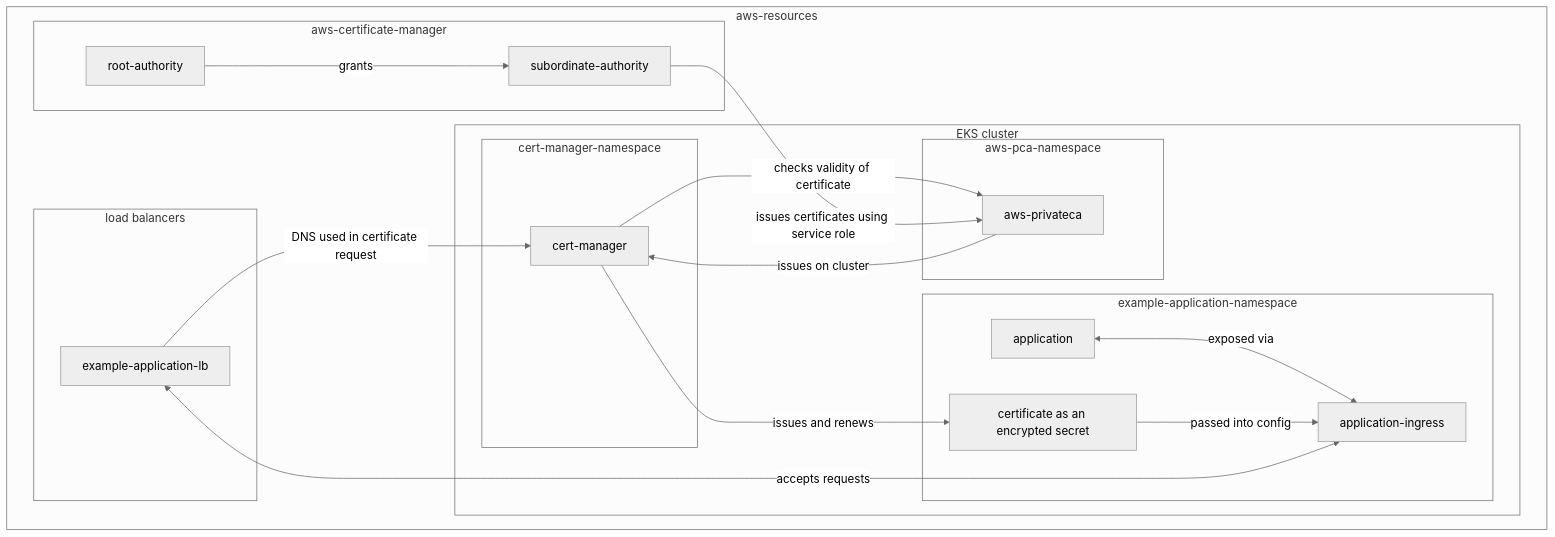
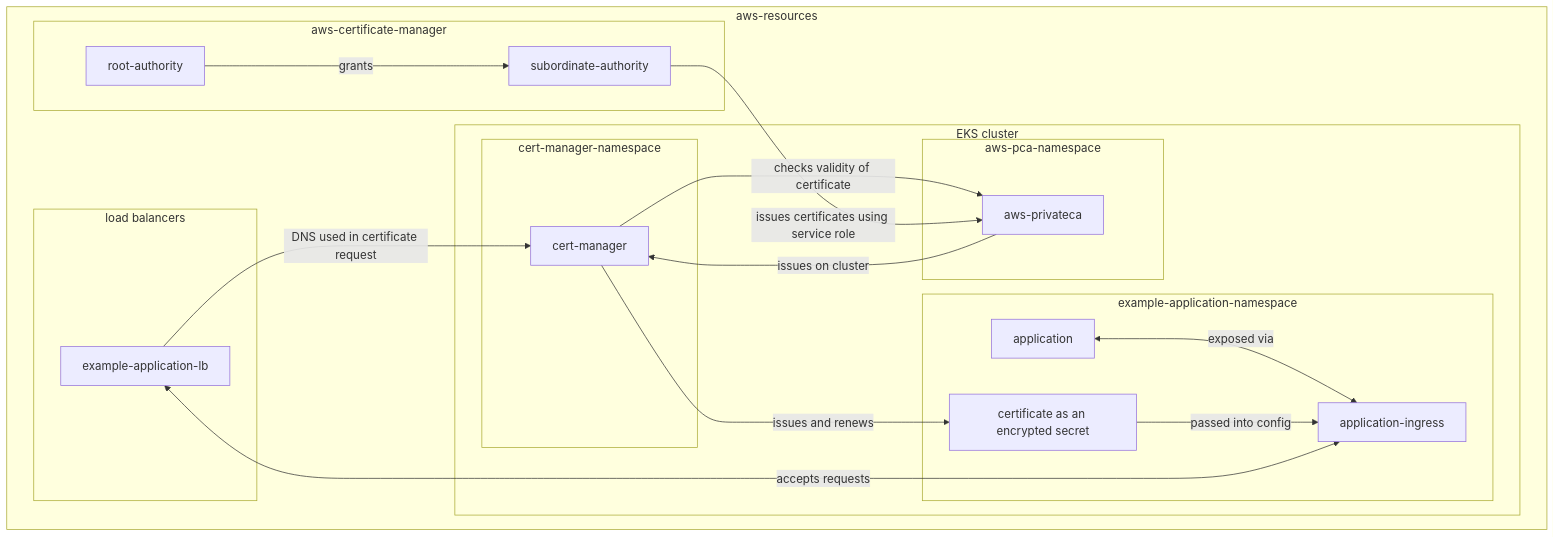
The diagram in _blog/awspca.md (jsphwllng/jsphwllng.github.io), drawn with Mermaid before and after one commit. The commit also changed other lines of this file, not shown here.

```diff
--- a/_blog/awspca.md
+++ b/_blog/awspca.md
@@ -7,36 +13,35 @@
 <div class="mermaid" markdown="0">
-%%{init: {'theme':'neutral'}}%%
 graph TD
   
 aws-privateca-->|issues on cluster|cert-manager
 cert-manager-->|checks validity of certificate|aws-privateca
 cert-manager-->|issues and renews|certificate
 subgraph aws-resources
 subgraph EKS cluster
         subgraph aws-pca-namespace
             aws-privateca
         end
         subgraph cert-manager-namespace
             cert-manager
         end  
         subgraph example-application-namespace
             application
             application-ingress
             certificate
         end
   end
     subgraph aws-certificate-manager
         root-authority
         subordinate-authority
     end
     subgraph load balancers
         example-application-lb
     end
     end
 application<-->|exposed via|application-ingress
 certificate[certificate as an encrypted secret]-->|passed into config|application-ingress
 application-ingress<-->|accepts requests|example-application-lb
 root-authority-->|grants|subordinate-authority
 subordinate-authority-->|issues certificates using service role|aws-privateca
 example-application-lb-->|DNS used in certificate request|cert-manager
 </div>
```
